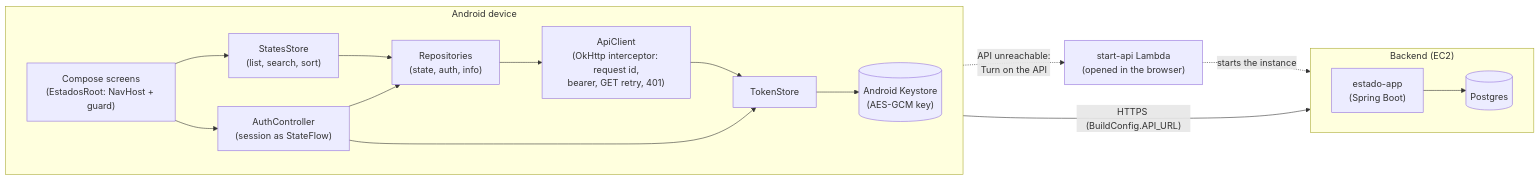
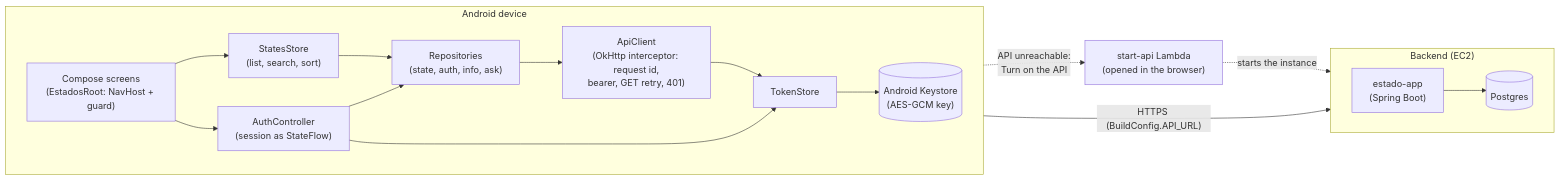
One commit to ronybrand/android_state changed the diagram in README.md. Above: the diagram before and after it, drawn with Mermaid. The commit also changed other lines of this file and 15 other files, not shown here.

````diff
--- a/README.md
+++ b/README.md
@@ -45,34 +50,34 @@
 ```mermaid
 flowchart LR
     subgraph Device["Android device"]
         direction LR
         UI["Compose screens\n(EstadosRoot: NavHost + guard)"]
         Store["StatesStore\n(list, search, sort)"]
         Auth["AuthController\n(session as StateFlow)"]
-        Repos["Repositories\n(state, auth, info)"]
+        Repos["Repositories\n(state, auth, info, ask)"]
         Api["ApiClient\n(OkHttp interceptor: request id,\nbearer, GET retry, 401)"]
         Tokens["TokenStore"]
         Keystore[("Android Keystore\n(AES-GCM key)")]
     end
 
     subgraph EC2["Backend (EC2)"]
         direction LR
         App["estado-app\n(Spring Boot)"]
         DB[("Postgres")]
     end
 
     Lambda["start-api Lambda\n(opened in the browser)"]
 
     UI --> Store
     UI --> Auth
     Store --> Repos
     Auth --> Repos
     Repos --> Api
     Api -- "HTTPS (BuildConfig.API_URL)" --> App
     App --> DB
     Api --> Tokens
     Auth --> Tokens
     Tokens --> Keystore
     UI -. "API unreachable:\nTurn on the API" .-> Lambda
     Lambda -. "starts the instance" .-> EC2
 ```
````
